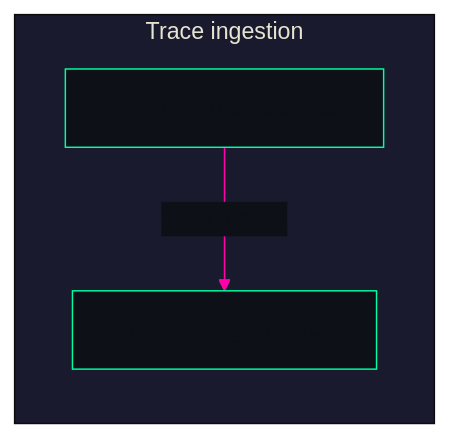
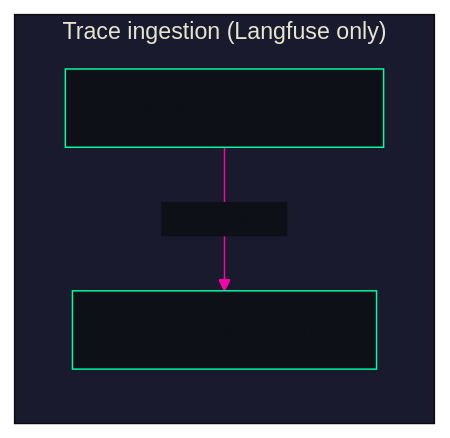
The first of 5 diagrams in README.md (Nickbohm555/agent-trace), drawn with Mermaid before and after one commit. The commit also changed other lines of this file and 4 other files, not shown here.

````diff
--- a/README.md
+++ b/README.md
@@ -45,11 +63,11 @@
 ```mermaid
 %%{init: {'theme':'base', 'themeVariables': { 'primaryColor':'#00ff9f', 'primaryTextColor':'#0d1117', 'primaryBorderColor':'#00ff9f', 'lineColor':'#ff00aa', 'secondaryColor':'#0d1117', 'tertiaryColor':'#1a1a2e'}}}%%
 flowchart LR
-    subgraph In["Trace ingestion"]
+    subgraph In["Trace ingestion (Langfuse only)"]
         L["LangfuseTraceService"]
         T["TraceStorageService"]
         L -->|fetch_traces| T
     end
     style L fill:#0d1117,stroke:#00ff9f
     style T fill:#0d1117,stroke:#00ff9f
 ```
````
